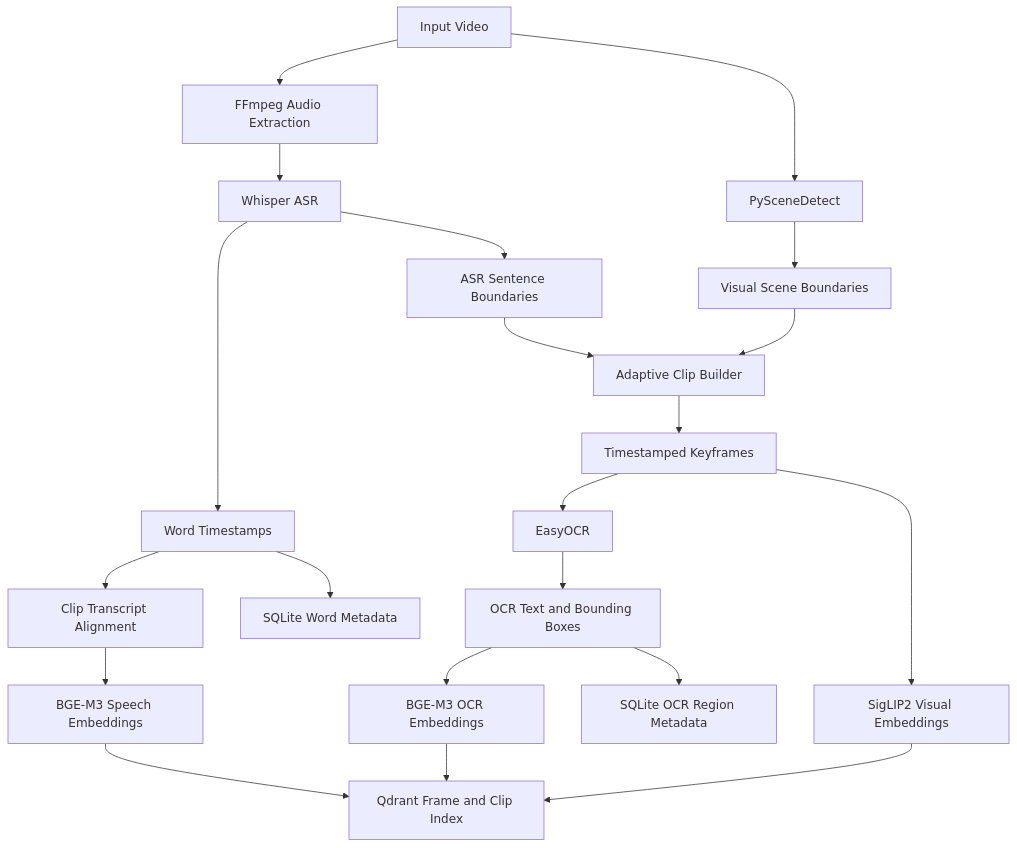
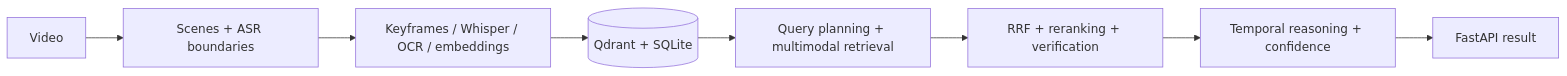
Before and after one commit to BXR7/spatio-temporal-video-rag: the diagram in README.md, drawn with Mermaid. The commit also changed other lines of this file and 14 other files, not shown here.

````diff
--- a/README.md
+++ b/README.md
@@ -158,23 +20,10 @@
 ```mermaid
-flowchart TD
-    A[Input Video] --> B[FFmpeg Audio Extraction]
-    A --> C[PySceneDetect]
-    B --> D[Whisper ASR]
-    D --> E[Word Timestamps]
-    D --> F[ASR Sentence Boundaries]
-    C --> G[Visual Scene Boundaries]
-    F --> H[Adaptive Clip Builder]
-    G --> H
-    H --> I[Timestamped Keyframes]
-    I --> J[EasyOCR]
-    I --> K[SigLIP2 Visual Embeddings]
-    J --> L[OCR Text and Bounding Boxes]
-    E --> M[Clip Transcript Alignment]
-    M --> N[BGE-M3 Speech Embeddings]
-    L --> O[BGE-M3 OCR Embeddings]
-    K --> P[Qdrant Frame and Clip Index]
-    N --> P
-    O --> P
-    E --> Q[SQLite Word Metadata]
-    L --> R[SQLite OCR Region Metadata]
+flowchart LR
+  A[Video] --> B[Scenes + ASR boundaries]
+  B --> C[Keyframes / Whisper / OCR / embeddings]
+  C --> D[(Qdrant + SQLite)]
+  D --> E[Query planning + multimodal retrieval]
+  E --> F[RRF + reranking + verification]
+  F --> G[Temporal reasoning + confidence]
+  G --> H[FastAPI result]
 ```
````
